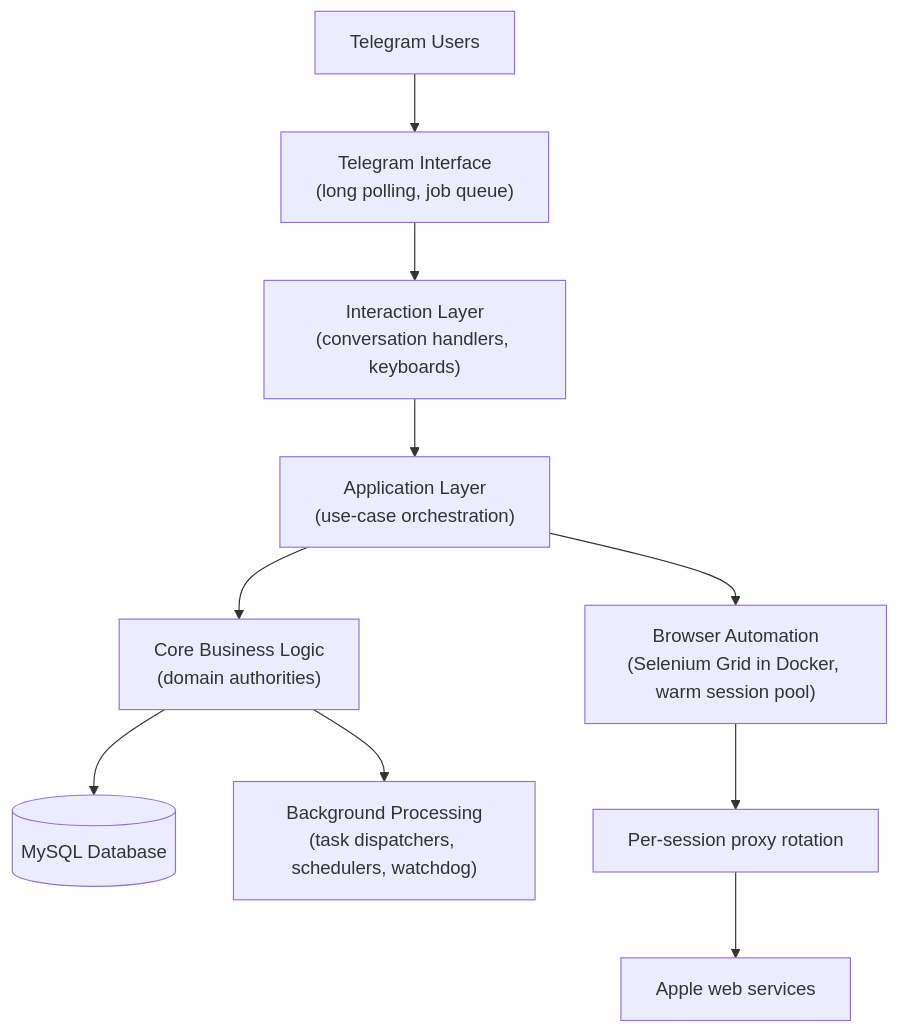
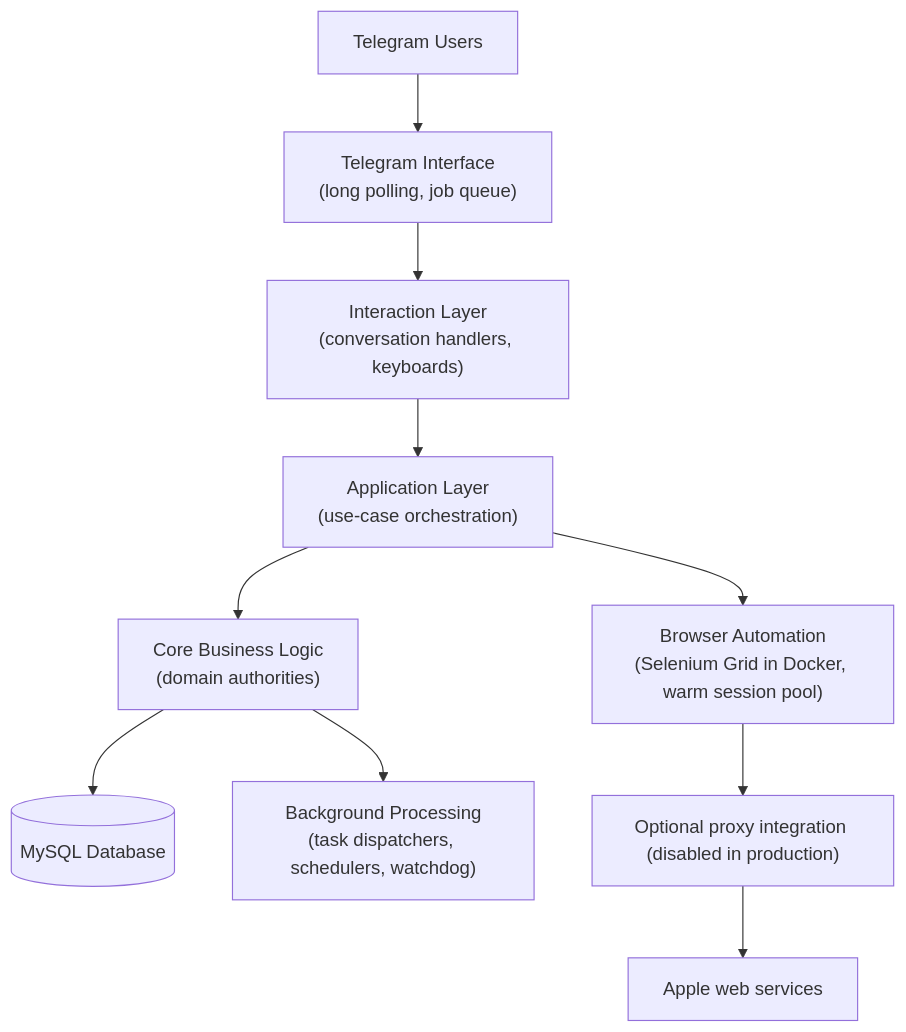
Before and after one commit to Imanemoon/appleid-telegram-bot-showcase: the diagram in docs/ARCHITECTURE.md, drawn with Mermaid.

Commit message:
docs: clarify optional proxy integration state

````diff
--- a/docs/ARCHITECTURE.md
+++ b/docs/ARCHITECTURE.md
@@ -13,12 +13,12 @@
 ```mermaid
 flowchart TD
     U["Telegram Users"] --> T["Telegram Interface<br/>(long polling, job queue)"]
     T --> I["Interaction Layer<br/>(conversation handlers, keyboards)"]
     I --> A["Application Layer<br/>(use-case orchestration)"]
     A --> C["Core Business Logic<br/>(domain authorities)"]
     C --> D[("MySQL Database")]
     A --> B["Browser Automation<br/>(Selenium Grid in Docker, warm session pool)"]
-    B --> P["Per-session proxy rotation"]
+    B --> P["Optional proxy integration (disabled in production)"]
     P --> W["Apple web services"]
     C --> S["Background Processing<br/>(task dispatchers, schedulers, watchdog)"]
 ```
````
